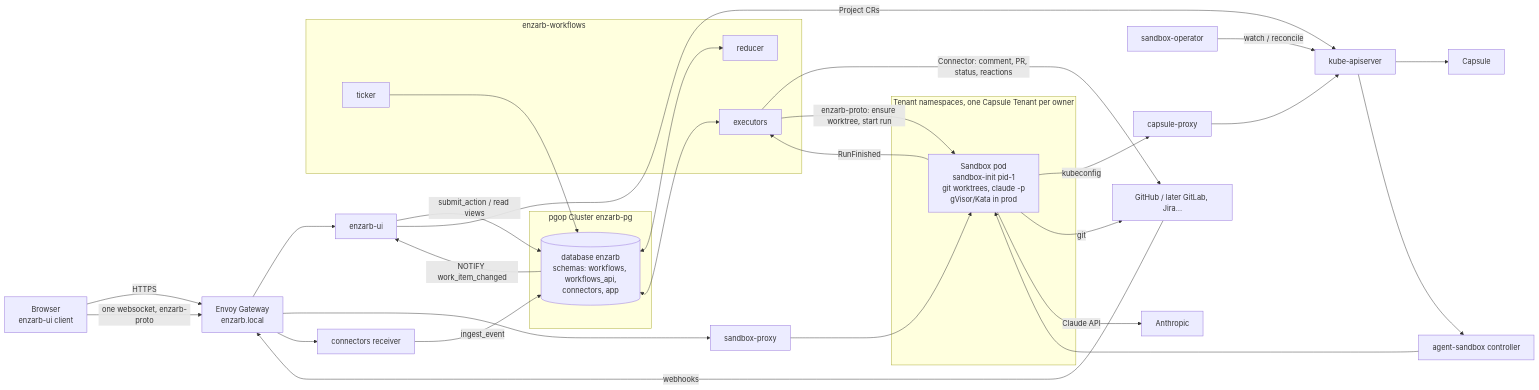
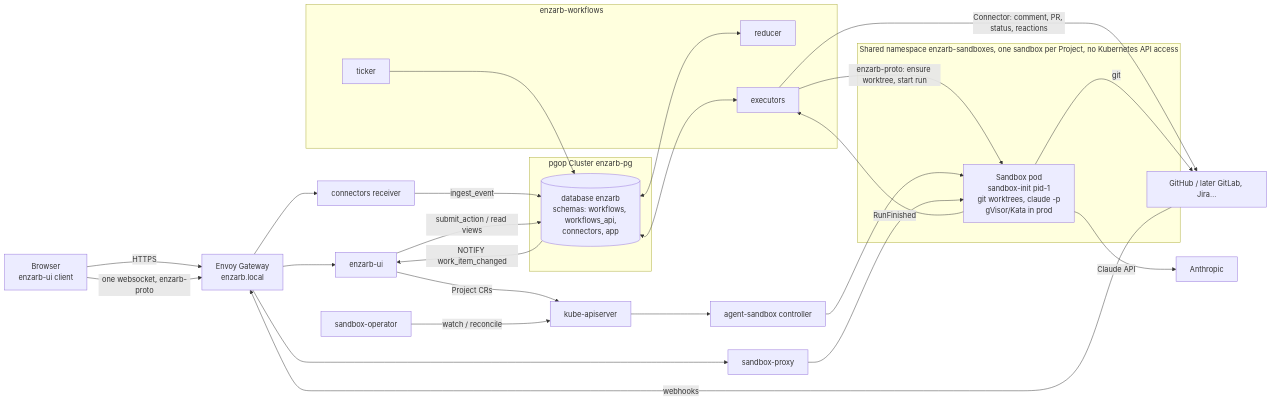
One commit to enzarb/enzarb changed the second of 2 diagrams in docs/architecture.md. Above: the diagram before and after it, drawn with Mermaid. The commit also changed other lines of this file and 10 other files, not shown here.

First line of the commit message:
docs: ADR-0013 one shared sandbox namespace, no Kubernetes API access (#14)

````diff
--- a/docs/architecture.md
+++ b/docs/architecture.md
@@ -45,42 +45,40 @@
 ```mermaid
 flowchart LR
   B[Browser<br/>enzarb-ui client] -- HTTPS --> GW[Envoy Gateway<br/>enzarb.local]
   B -- one websocket, enzarb-proto --> GW
   GW --> UI[enzarb-ui]
   GW --> PX[sandbox-proxy]
   SRC[GitHub / later GitLab, Jira…] -- webhooks --> GW --> RCV[connectors receiver]
 
   subgraph DB[pgop Cluster enzarb-pg]
     PG[(database enzarb<br/>schemas: workflows, workflows_api,<br/>connectors, app)]
   end
 
   RCV -- ingest_event --> PG
   UI -- submit_action / read views --> PG
   PG -- NOTIFY work_item_changed --> UI
 
   subgraph WF[enzarb-workflows]
     RED[reducer]
     EXE[executors]
     TCK[ticker]
   end
   PG <--> RED
   PG <--> EXE
   TCK --> PG
 
   EXE -- Connector: comment, PR, status, reactions --> SRC
   EXE -- enzarb-proto: ensure worktree, start run --> SB
   SB -- RunFinished --> EXE
 
   UI -- Project CRs --> API[kube-apiserver]
   OP[sandbox-operator] -- watch / reconcile --> API
-  API --> CAP[Capsule] 
   API --> AS[agent-sandbox controller] --> SB
   PX --> SB
 
-  subgraph T[Tenant namespaces, one Capsule Tenant per owner]
+  subgraph T[Shared namespace enzarb-sandboxes, one sandbox per Project, no Kubernetes API access]
     SB[Sandbox pod<br/>sandbox-init pid-1<br/>git worktrees, claude -p<br/>gVisor/Kata in prod]
   end
-  SB -- kubeconfig --> CPX[capsule-proxy] --> API
   SB -- git --> SRC
   SB -- Claude API --> AN[Anthropic]
 ```
````
